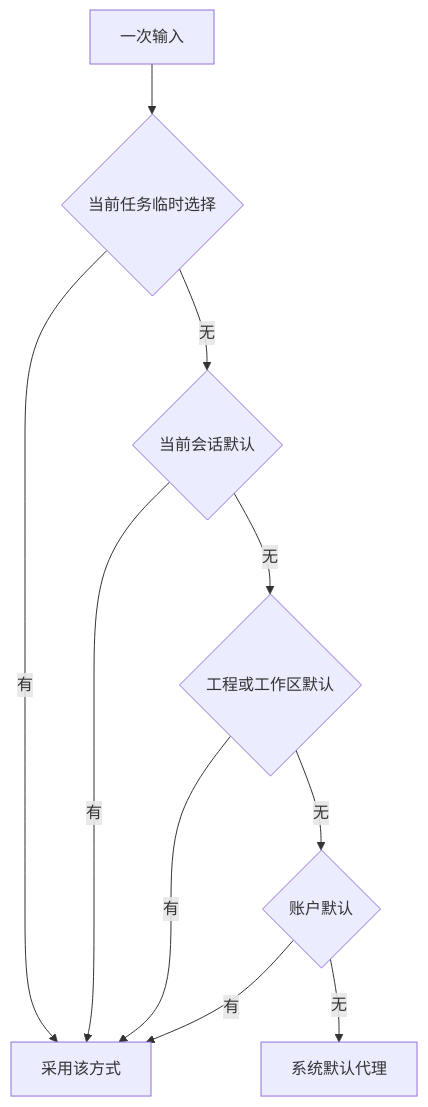
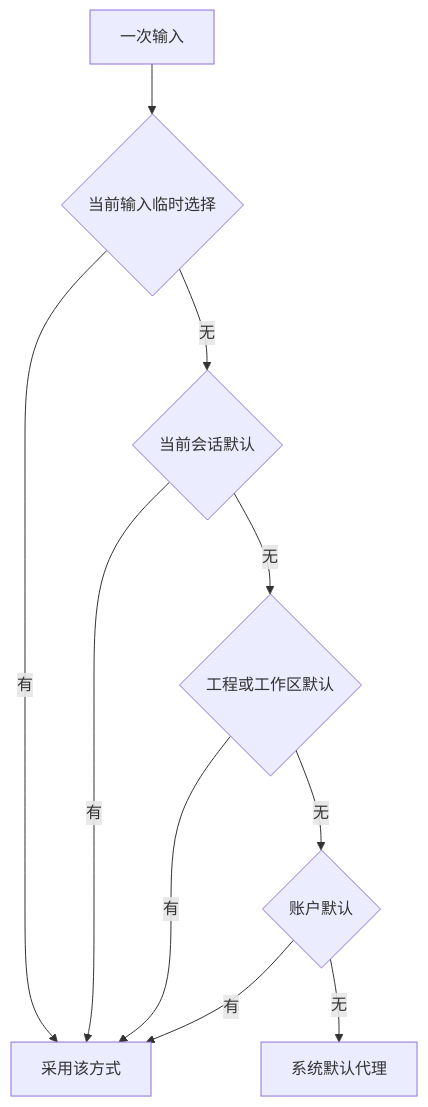
The second of 6 diagrams in docs/01-产品/PRD-02-代理与CEO工作方式.md (liu629711-spec/Magic), drawn with Mermaid before and after one commit. The commit also changed other lines of this file and 66 other files, not shown here.

````diff
--- a/docs/01-产品/PRD-02-代理与CEO工作方式.md
+++ b/docs/01-产品/PRD-02-代理与CEO工作方式.md
@@ -84,12 +84,12 @@
 ```mermaid
 flowchart TD
-  A[一次输入] --> B{当前任务临时选择}
+  A[一次输入] --> B{当前输入临时选择}
   B -->|有| Z[采用该方式]
   B -->|无| C{当前会话默认}
   C -->|有| Z
   C -->|无| D{工程或工作区默认}
   D -->|有| Z
   D -->|无| E{账户默认}
   E -->|有| Z
   E -->|无| F[系统默认代理]
 ```
````
